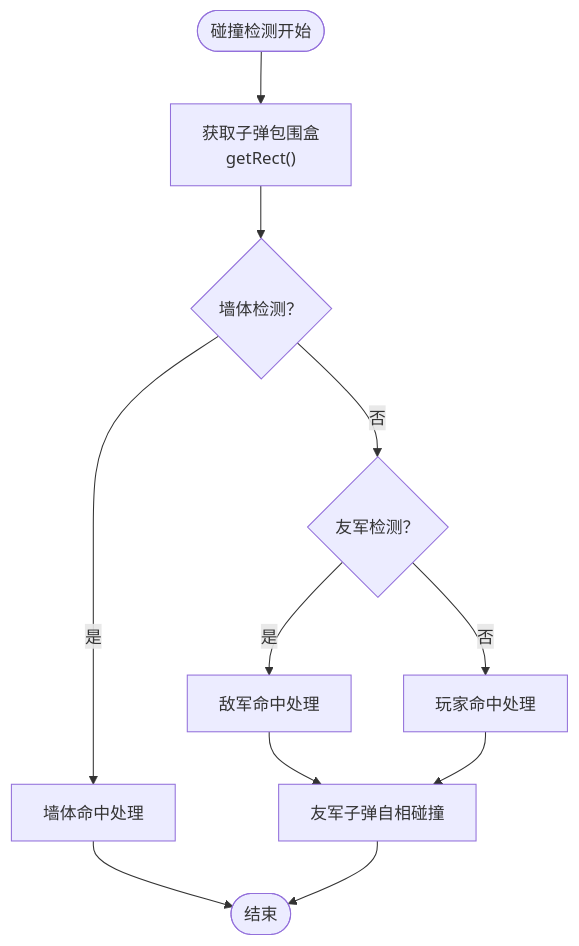
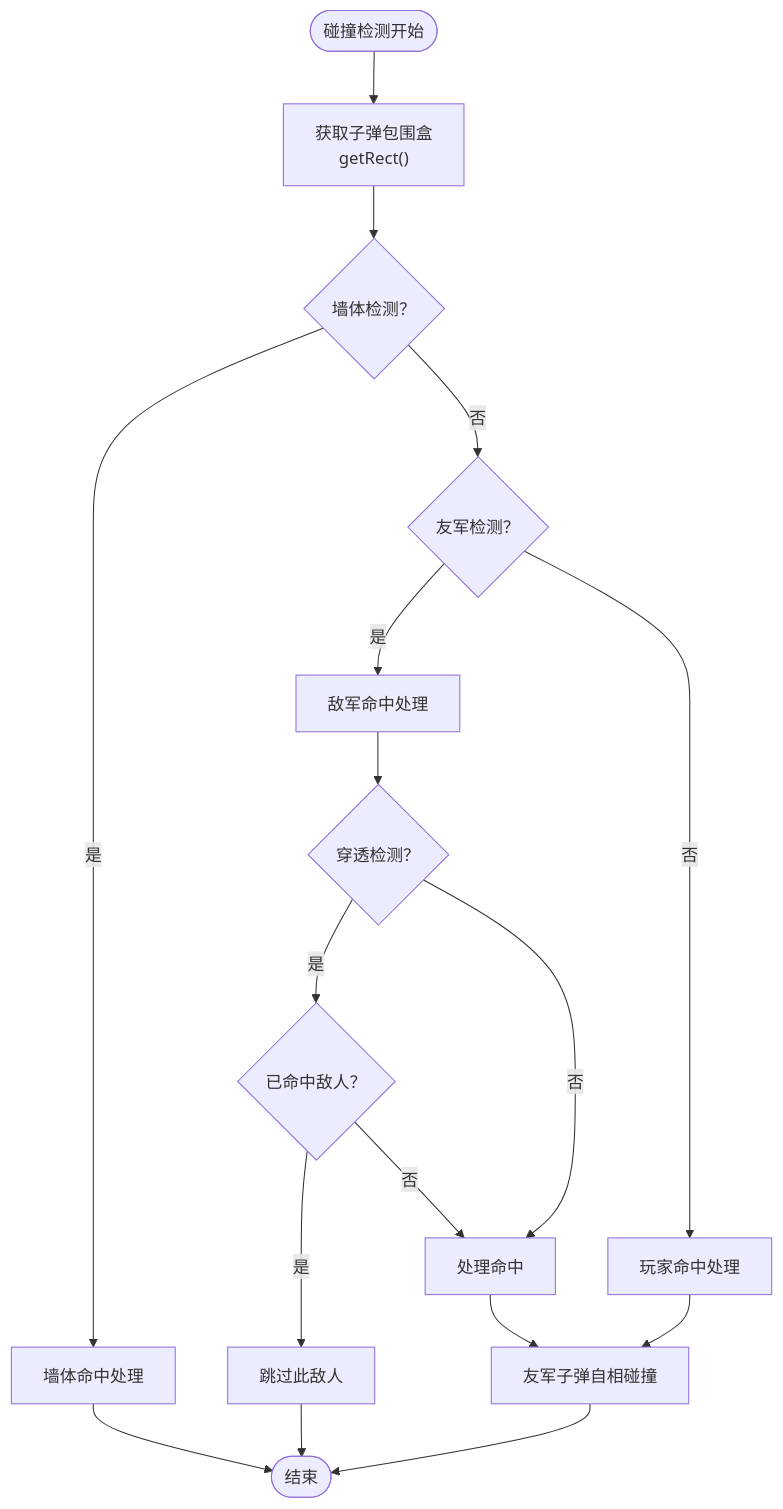
The fifth of 9 diagrams in .qoder/repowiki/zh/content/游戏机制/游戏对象系统/子弹系统.md (mrancc/reimagined-journey), drawn with Mermaid before and after one commit. The commit also changed other lines of this file and 8 other files, not shown here.

````diff
--- a/.qoder/repowiki/zh/content/游戏机制/游戏对象系统/子弹系统.md
+++ b/.qoder/repowiki/zh/content/游戏机制/游戏对象系统/子弹系统.md
@@ -208,13 +222,19 @@
 ```mermaid
 flowchart TD
 Start([碰撞检测开始]) --> GetRect["获取子弹包围盒<br/>getRect()"]
 GetRect --> MapCheck{"墙体检测？"}
 MapCheck --> |是| WallHit["墙体命中处理"]
 MapCheck --> |否| FriendlyCheck{"友军检测？"}
 FriendlyCheck --> |是| EnemyHit["敌军命中处理"]
 FriendlyCheck --> |否| PlayerHit["玩家命中处理"]
-EnemyHit --> SelfHit["友军子弹自相碰撞"]
+EnemyHit --> PierceCheck{"穿透检测？"}
+PierceCheck --> |是| HitEnemies{"已命中敌人？"}
+HitEnemies --> |是| Skip["跳过此敌人"]
+HitEnemies --> |否| ProcessHit["处理命中"]
+PierceCheck --> |否| ProcessHit
+ProcessHit --> SelfHit["友军子弹自相碰撞"]
 PlayerHit --> SelfHit
 WallHit --> End([结束])
+Skip --> End
 SelfHit --> End
 ```
````
